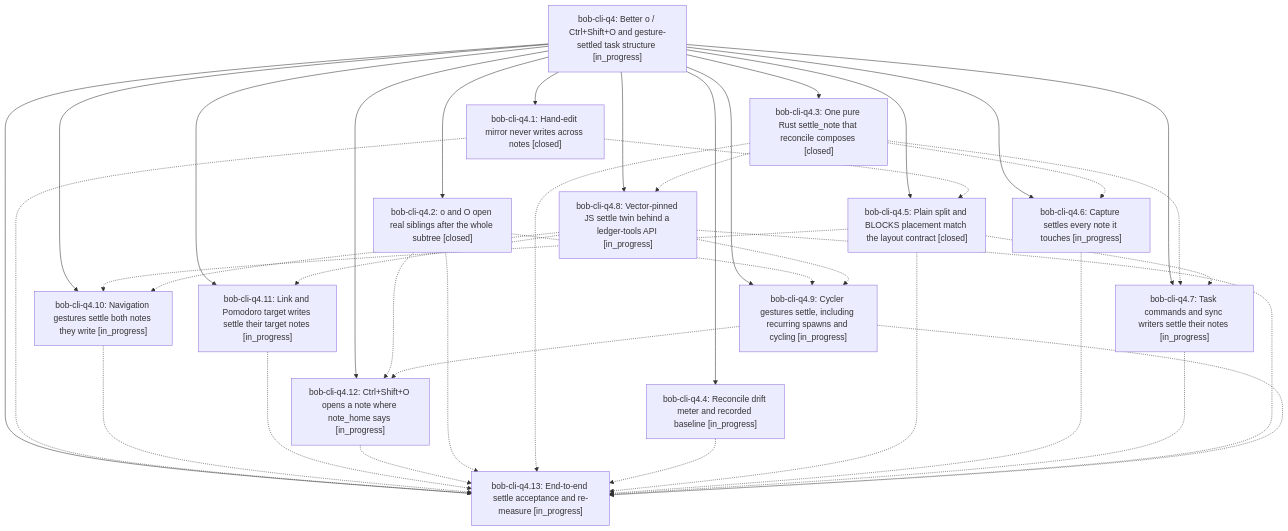
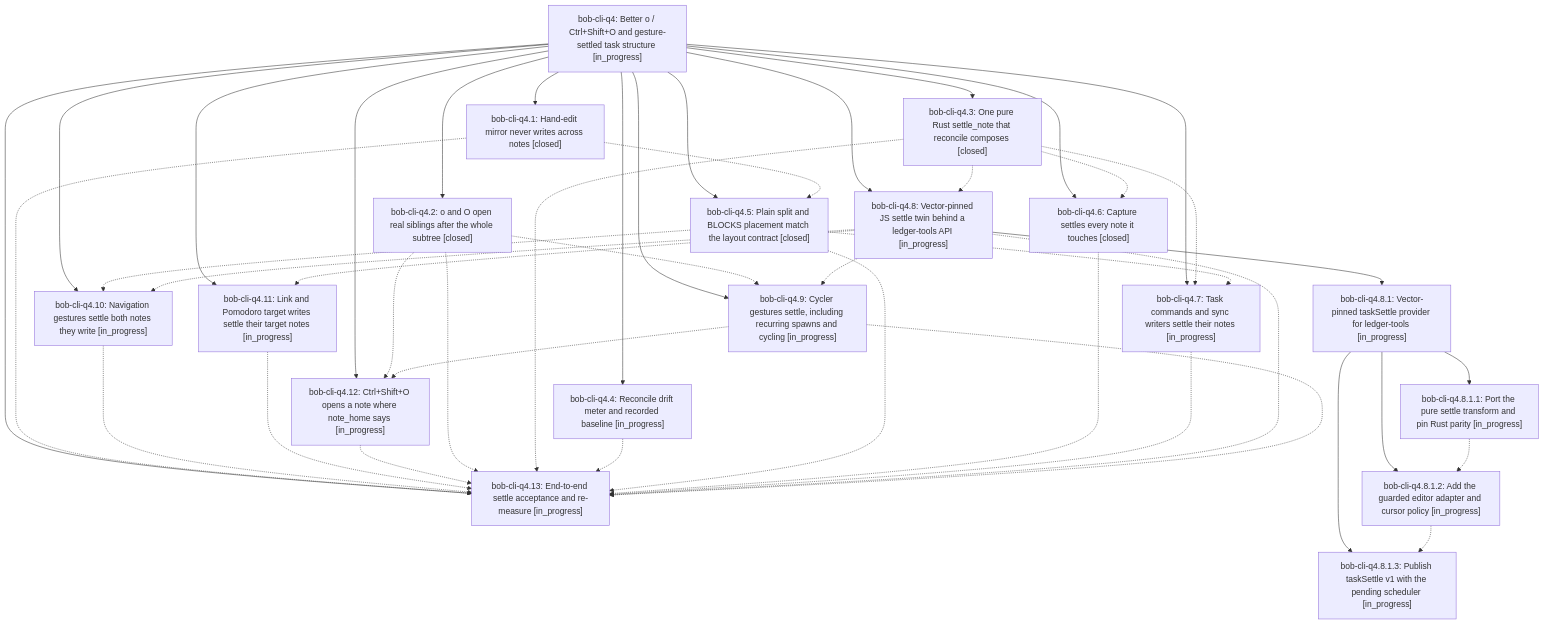
One commit to bobs-org/bob-cli--beads changed the diagram in pages/bob-cli-q4/README.md. Above: the diagram before and after it, drawn with Mermaid. The commit also changed other lines of this file and 11 other files, not shown here.

First line of the commit message:
chore(beads): sync bead state and pages for bob-cli-q4

````diff
--- a/pages/bob-cli-q4/README.md
+++ b/pages/bob-cli-q4/README.md
@@ -48,54 +48,64 @@
 ```mermaid
 flowchart TD
     n0["bob-cli-q4: Better o / Ctrl+Shift+O and gesture-settled task structure [in_progress]"]
     n1["bob-cli-q4.1: Hand-edit mirror never writes across notes [closed]"]
     n2["bob-cli-q4.10: Navigation gestures settle both notes they write [in_progress]"]
     n3["bob-cli-q4.11: Link and Pomodoro target writes settle their target notes [in_progress]"]
     n4["bob-cli-q4.12: Ctrl+Shift+O opens a note where note_home says [in_progress]"]
     n5["bob-cli-q4.13: End-to-end settle acceptance and re-measure [in_progress]"]
     n6["bob-cli-q4.2: o and O open real siblings after the whole subtree [closed]"]
     n7["bob-cli-q4.3: One pure Rust settle_note that reconcile composes [closed]"]
     n8["bob-cli-q4.4: Reconcile drift meter and recorded baseline [in_progress]"]
     n9["bob-cli-q4.5: Plain split and BLOCKS placement match the layout contract [closed]"]
-    n10["bob-cli-q4.6: Capture settles every note it touches [in_progress]"]
+    n10["bob-cli-q4.6: Capture settles every note it touches [closed]"]
     n11["bob-cli-q4.7: Task commands and sync writers settle their notes [in_progress]"]
     n12["bob-cli-q4.8: Vector-pinned JS settle twin behind a ledger-tools API [in_progress]"]
-    n13["bob-cli-q4.9: Cycler gestures settle, including recurring spawns and cycling [in_progress]"]
+    n13["bob-cli-q4.8.1: Vector-pinned taskSettle provider for ledger-tools [in_progress]"]
+    n14["bob-cli-q4.8.1.1: Port the pure settle transform and pin Rust parity [in_progress]"]
+    n15["bob-cli-q4.8.1.2: Add the guarded editor adapter and cursor policy [in_progress]"]
+    n16["bob-cli-q4.8.1.3: Publish taskSettle v1 with the pending scheduler [in_progress]"]
+    n17["bob-cli-q4.9: Cycler gestures settle, including recurring spawns and cycling [in_progress]"]
     n0 --> n1
     n0 --> n2
     n0 --> n3
     n0 --> n4
     n0 --> n5
     n0 --> n6
     n0 --> n7
     n0 --> n8
     n0 --> n9
     n0 --> n10
     n0 --> n11
     n0 --> n12
-    n0 --> n13
+    n12 --> n13
+    n13 --> n14
+    n13 --> n15
+    n13 --> n16
+    n0 --> n17
     n1 -.-> n5
     n1 -.-> n9
     n2 -.-> n5
     n3 -.-> n5
     n4 -.-> n5
     n6 -.-> n4
     n6 -.-> n5
-    n6 -.-> n13
+    n6 -.-> n17
     n7 -.-> n5
     n7 -.-> n10
     n7 -.-> n11
     n7 -.-> n12
     n8 -.-> n5
     n9 -.-> n2
     n9 -.-> n5
     n9 -.-> n11
     n10 -.-> n5
     n11 -.-> n5
     n12 -.-> n2
     n12 -.-> n3
     n12 -.-> n5
-    n12 -.-> n13
-    n13 -.-> n4
-    n13 -.-> n5
+    n12 -.-> n17
+    n14 -.-> n15
+    n15 -.-> n16
+    n17 -.-> n4
+    n17 -.-> n5
 ```
````
